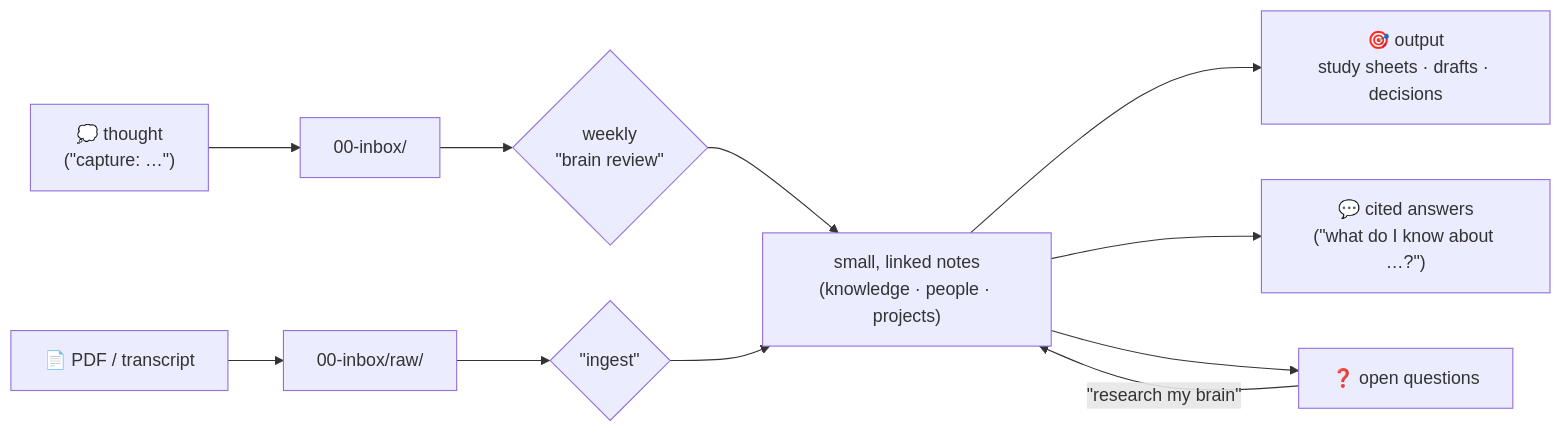
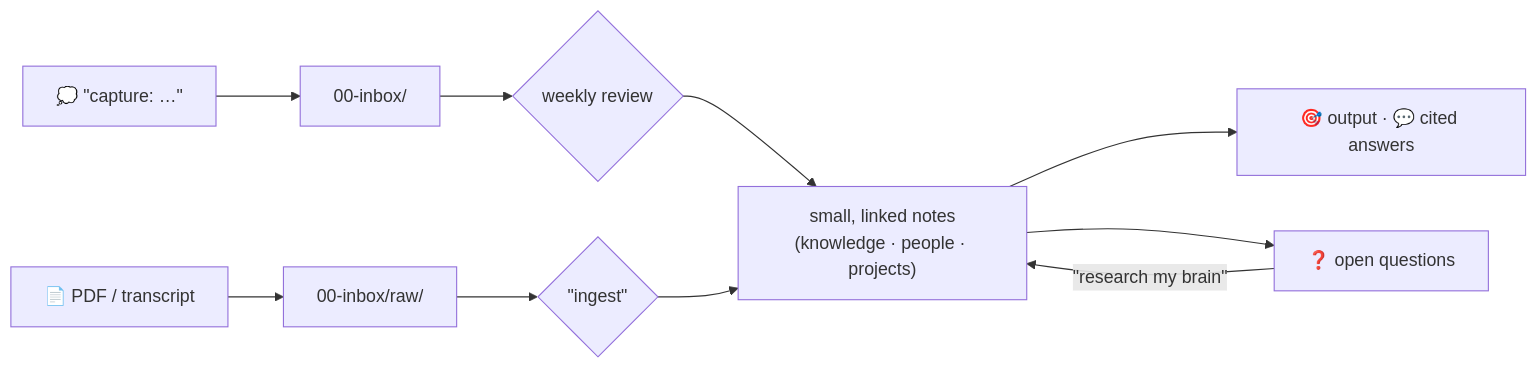
One commit to nikolajhh2008-svg/brainwarden changed the diagram in README.md. Above: the diagram before and after it, drawn with Mermaid. The commit also changed other lines of this file and 10 other files, not shown here.

````diff
--- a/README.md
+++ b/README.md
@@ -94,13 +100,9 @@
 ```mermaid
 flowchart LR
-    A["💭 thought<br/>(&quot;capture: …&quot;)"] --> B["00-inbox/"]
-    C["📄 PDF / transcript"] --> D["00-inbox/raw/"]
-    B --> E{"weekly<br/>&quot;brain review&quot;"}
-    D --> F{"&quot;ingest&quot;"}
+    A["💭 &quot;capture: …&quot;"] --> B["00-inbox/"] --> E{"weekly review"}
+    C["📄 PDF / transcript"] --> D["00-inbox/raw/"] --> F{"&quot;ingest&quot;"}
     E --> G["small, linked notes<br/>(knowledge · people · projects)"]
     F --> G
-    G --> H["🎯 output<br/>study sheets · drafts · decisions"]
-    G --> I["💬 cited answers<br/>(&quot;what do I know about …?&quot;)"]
-    G --> J["❓ open questions"]
-    J -- "&quot;research my brain&quot;" --> G
+    G --> H["🎯 output · 💬 cited answers"]
+    G --> J["❓ open questions"] -- "&quot;research my brain&quot;" --> G
 ```
````
